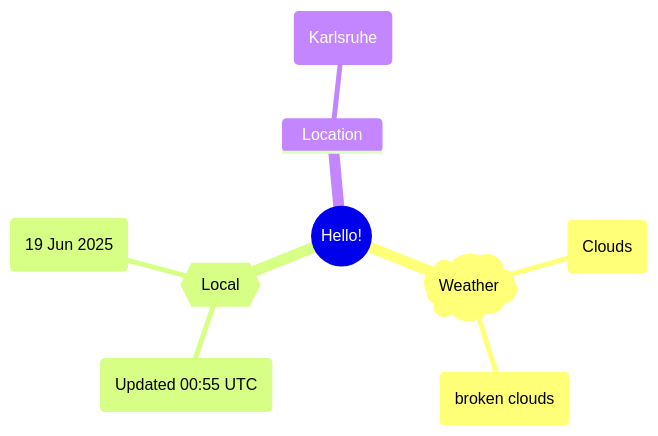
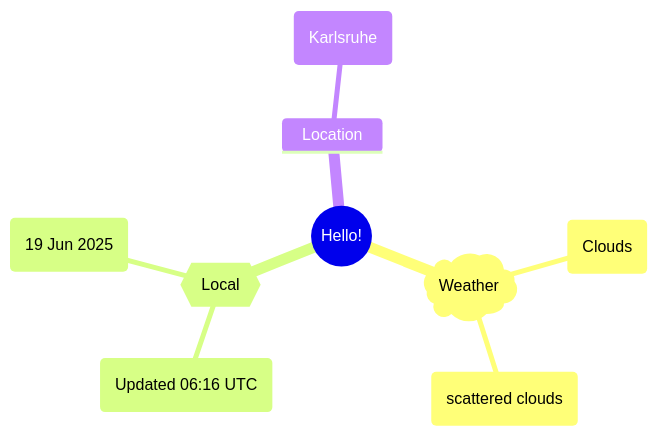
The first of 2 diagrams in README.md (Xosrov/Xosrov), drawn with Mermaid before and after one commit.

Commit message:
[bot] updated images

````diff
--- a/README.md
+++ b/README.md
@@ -3,12 +3,12 @@
 ```mermaid
 mindmap
   root((Hello!))
     )Weather(
         (Clouds)
-        (broken clouds)
+        (scattered clouds)
     {{Local}}
-        (Updated 00:55 UTC)
+        (Updated 06:16 UTC)
         (19 Jun 2025)
     Location
         (Karlsruhe)
 ```
````
